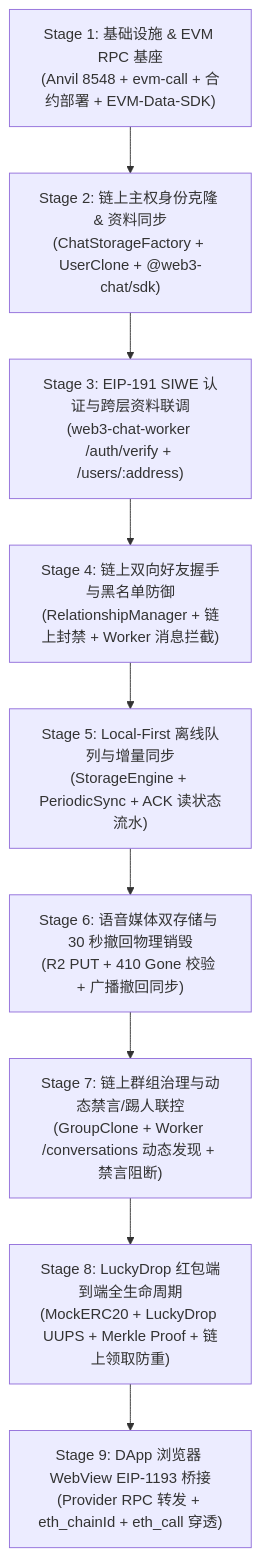
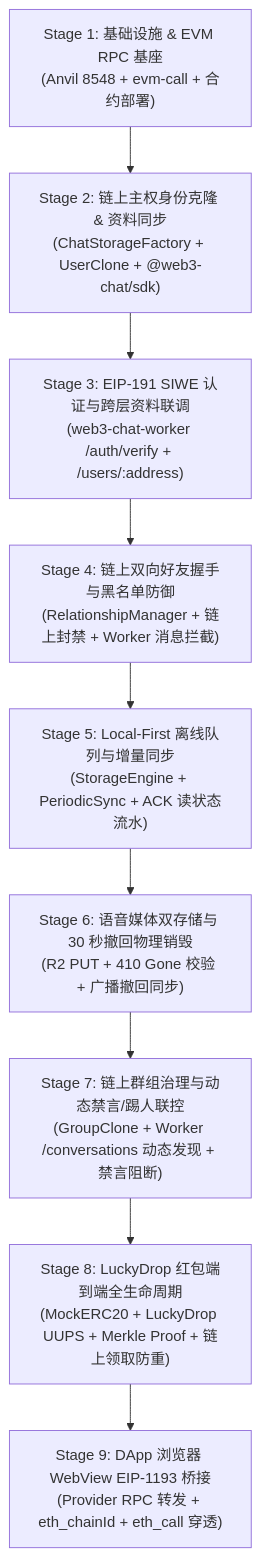
Before and after one commit to xzsean666/web3-chat: the first of 2 diagrams in local-joint-test/README.md, drawn with Mermaid. The commit also changed other lines of this file and 7 other files, not shown here.

Commit message:
refactor(deps): remove redundant evm-data-sdk dependency and cleanup joint tests

````diff
--- a/local-joint-test/README.md
+++ b/local-joint-test/README.md
@@ -22,11 +21,11 @@
 ```mermaid
 flowchart TD
-    S1["Stage 1: 基础设施 & EVM RPC 基座\n(Anvil 8548 + evm-call + 合约部署 + EVM-Data-SDK)"] --> S2["Stage 2: 链上主权身份克隆 & 资料同步\n(ChatStorageFactory + UserClone + @web3-chat/sdk)"]
+    S1["Stage 1: 基础设施 & EVM RPC 基座\n(Anvil 8548 + evm-call + 合约部署)"] --> S2["Stage 2: 链上主权身份克隆 & 资料同步\n(ChatStorageFactory + UserClone + @web3-chat/sdk)"]
     S2 --> S3["Stage 3: EIP-191 SIWE 认证与跨层资料联调\n(web3-chat-worker /auth/verify + /users/:address)"]
     S3 --> S4["Stage 4: 链上双向好友握手与黑名单防御\n(RelationshipManager + 链上封禁 + Worker 消息拦截)"]
     S4 --> S5["Stage 5: Local-First 离线队列与增量同步\n(StorageEngine + PeriodicSync + ACK 读状态流水)"]
     S5 --> S6["Stage 6: 语音媒体双存储与 30 秒撤回物理销毁\n(R2 PUT + 410 Gone 校验 + 广播撤回同步)"]
     S6 --> S7["Stage 7: 链上群组治理与动态禁言/踢人联控\n(GroupClone + Worker /conversations 动态发现 + 禁言阻断)"]
     S7 --> S8["Stage 8: LuckyDrop 红包端到端全生命周期\n(MockERC20 + LuckyDrop UUPS + Merkle Proof + 链上领取防重)"]
     S8 --> S9["Stage 9: DApp 浏览器 WebView EIP-1193 桥接\n(Provider RPC 转发 + eth_chainId + eth_call 穿透)"]
 ```
````
